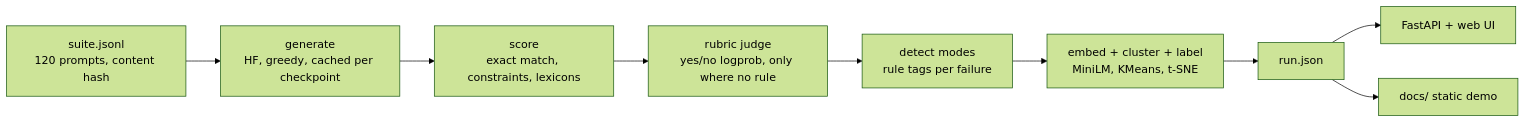
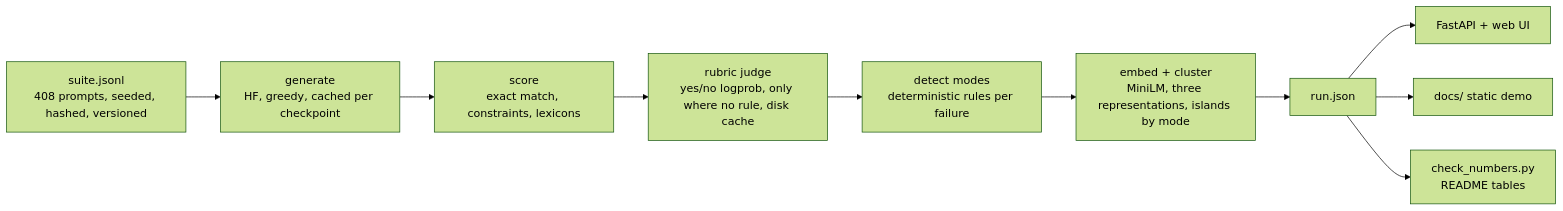
One commit to Aditya2616/EvalBench changed the diagram in README.md. Above: the diagram before and after it, drawn with Mermaid (forest theme). The commit also changed other lines of this file and 34 other files, not shown here.

````diff
--- a/README.md
+++ b/README.md
@@ -66,11 +138,12 @@
 ```mermaid
 flowchart LR
-  S[suite.jsonl<br/>120 prompts, content hash] --> G[generate<br/>HF, greedy, cached per checkpoint]
+  S[suite.jsonl<br/>408 prompts, seeded, hashed, versioned] --> G[generate<br/>HF, greedy, cached per checkpoint]
   G --> R[score<br/>exact match, constraints, lexicons]
-  R --> J[rubric judge<br/>yes/no logprob, only where no rule]
-  J --> D[detect modes<br/>rule tags per failure]
-  D --> C[embed + cluster + label<br/>MiniLM, KMeans, t-SNE]
+  R --> J[rubric judge<br/>yes/no logprob, only where no rule, disk cache]
+  J --> D[detect modes<br/>deterministic rules per failure]
+  D --> C[embed + cluster<br/>MiniLM, three representations, islands by mode]
   C --> O[run.json]
   O --> A[FastAPI + web UI]
   O --> X[docs/ static demo]
+  O --> N[check_numbers.py<br/>README tables]
 ```
````
